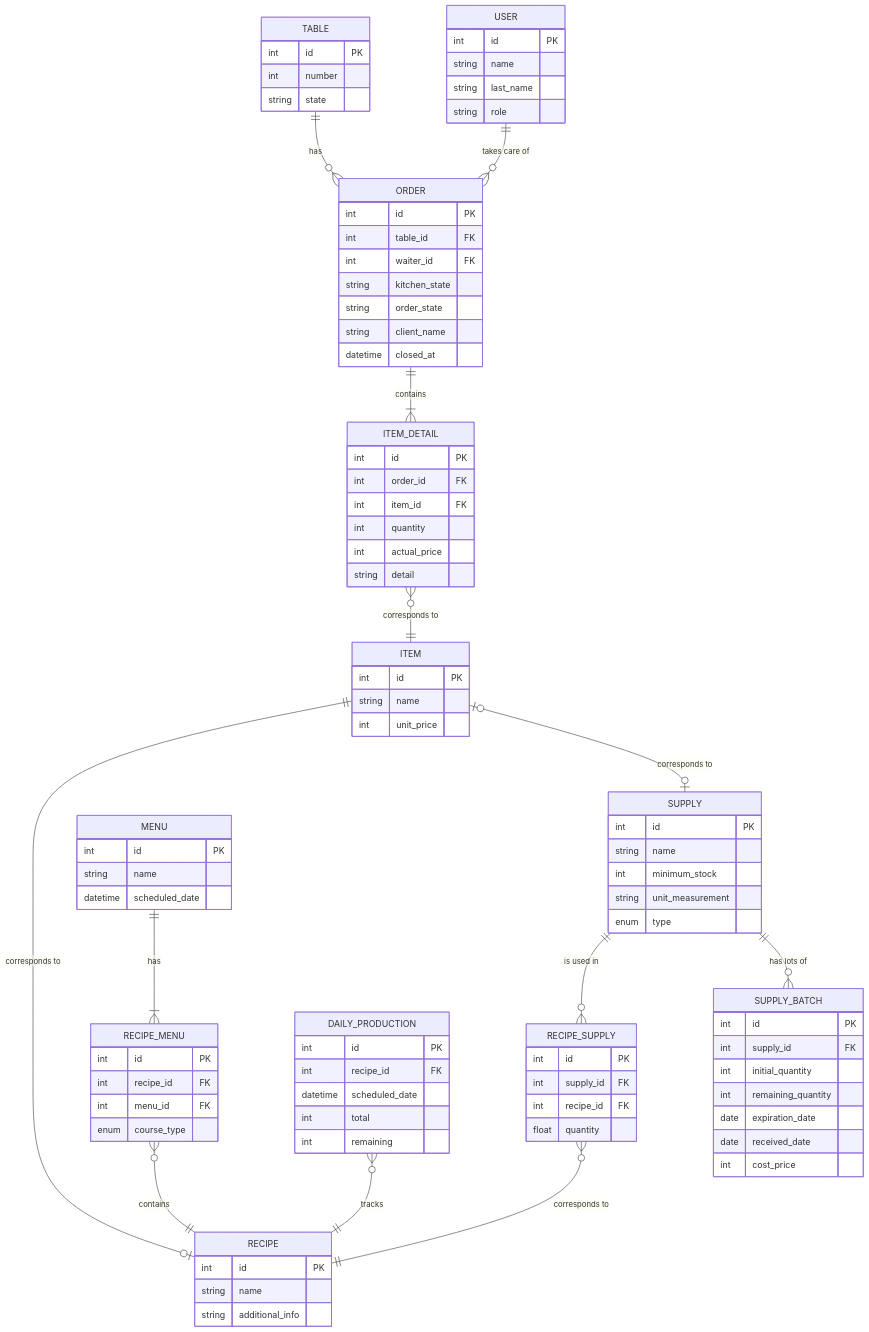
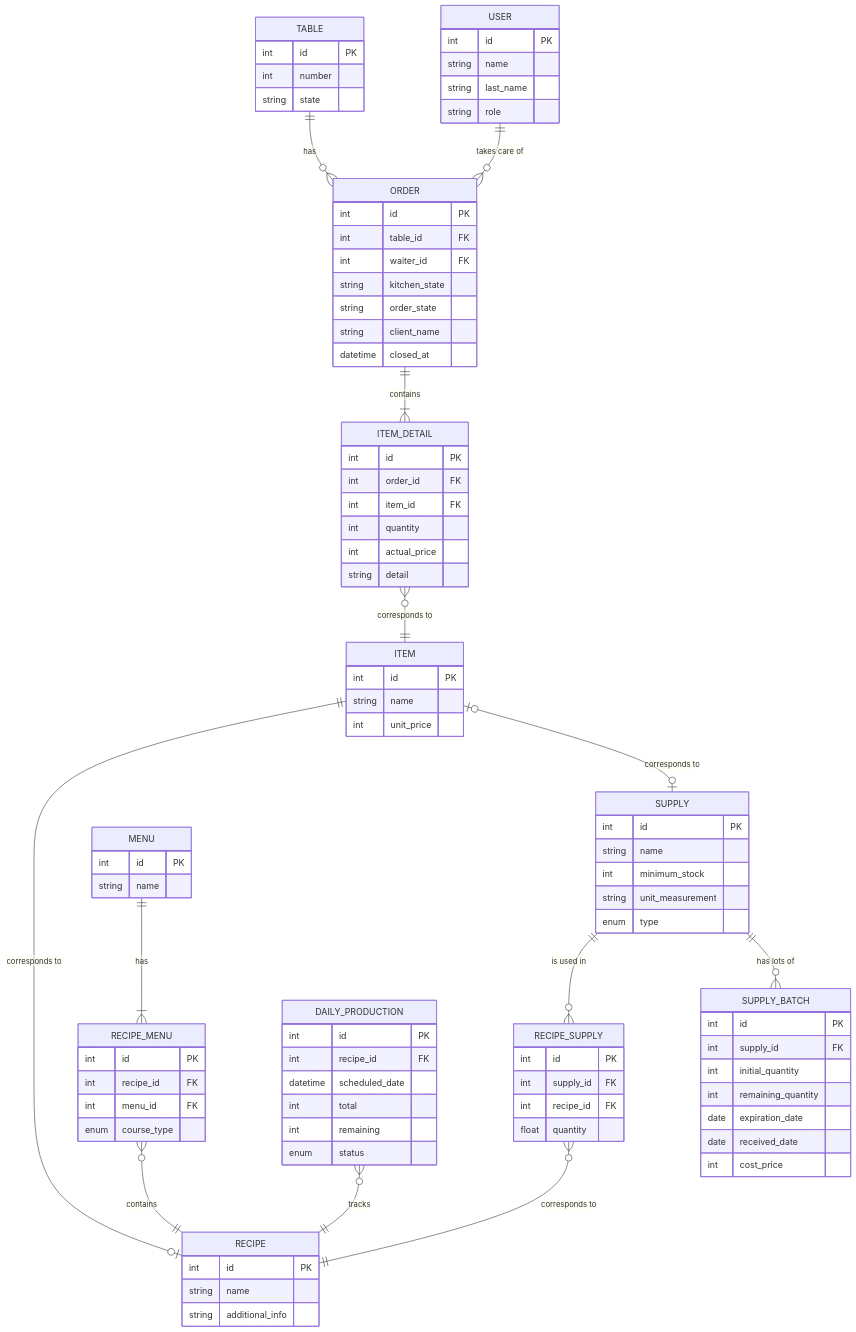
One commit to Josecris10/sistema-restaurante changed the diagram in docs/ARCHITECTURE.md. Above: the diagram before and after it, drawn with Mermaid. The commit also changed 8 other files, not shown here.

```diff
--- a/docs/ARCHITECTURE.md
+++ b/docs/ARCHITECTURE.md
@@ -119,7 +119,6 @@
     MENU {
       int id PK
       string name
-      datetime scheduled_date
     }
 
     RECIPE_MENU {
@@ -136,6 +135,7 @@
       datetime scheduled_date
       int total
       int remaining
+      enum status
     }
 
 
```
